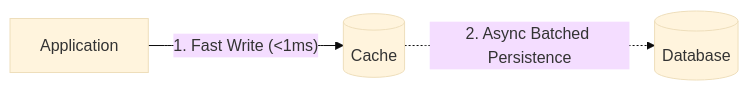
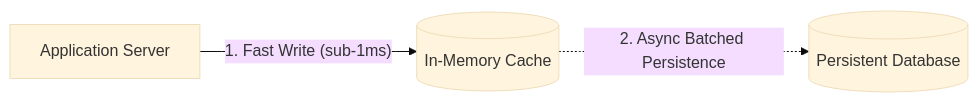
Before and after one commit to Sujalkathait/high-level-design: the fifth of 6 diagrams in 05-caching/caching-strategies.md, drawn with Mermaid (base theme). The commit also changed other lines of this file and 4 other files, not shown here.

Commit message:
fix(caching): fix all mermaid diagram syntax, quoting, and formatting across caching docs

````diff
--- a/05-caching/caching-strategies.md
+++ b/05-caching/caching-strategies.md
@@ -142,5 +142,5 @@
 ```mermaid
 flowchart LR
-    App[Application] -->|"1. Fast Write (<1ms)"| Cache[("Cache")]
-    Cache -.->|2. Async Batched Persistence| DB[("Database")]
+    App["Application Server"] -->|"1. Fast Write (sub-1ms)"| Cache[("In-Memory Cache")]
+    Cache -.->|"2. Async Batched Persistence"| DB[("Persistent Database")]
 ```
````
